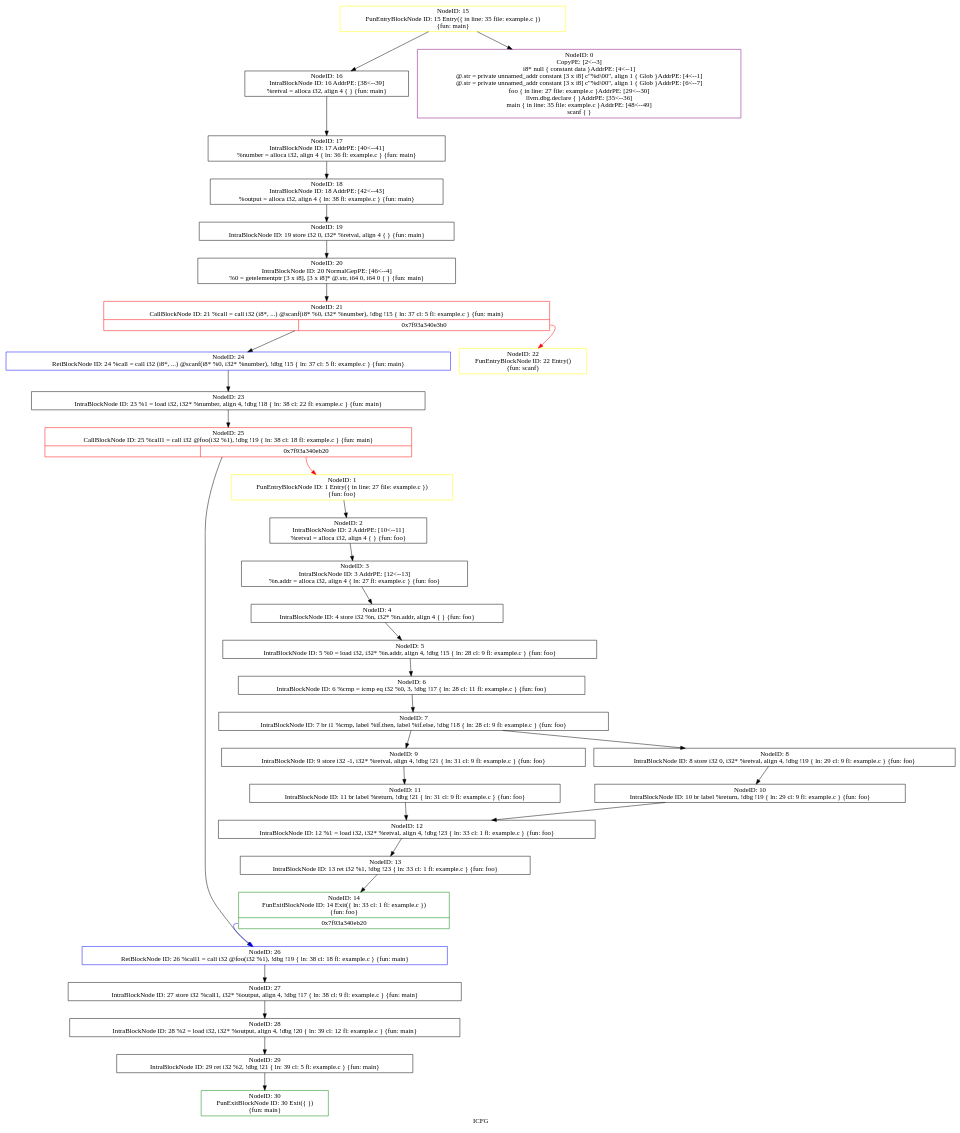
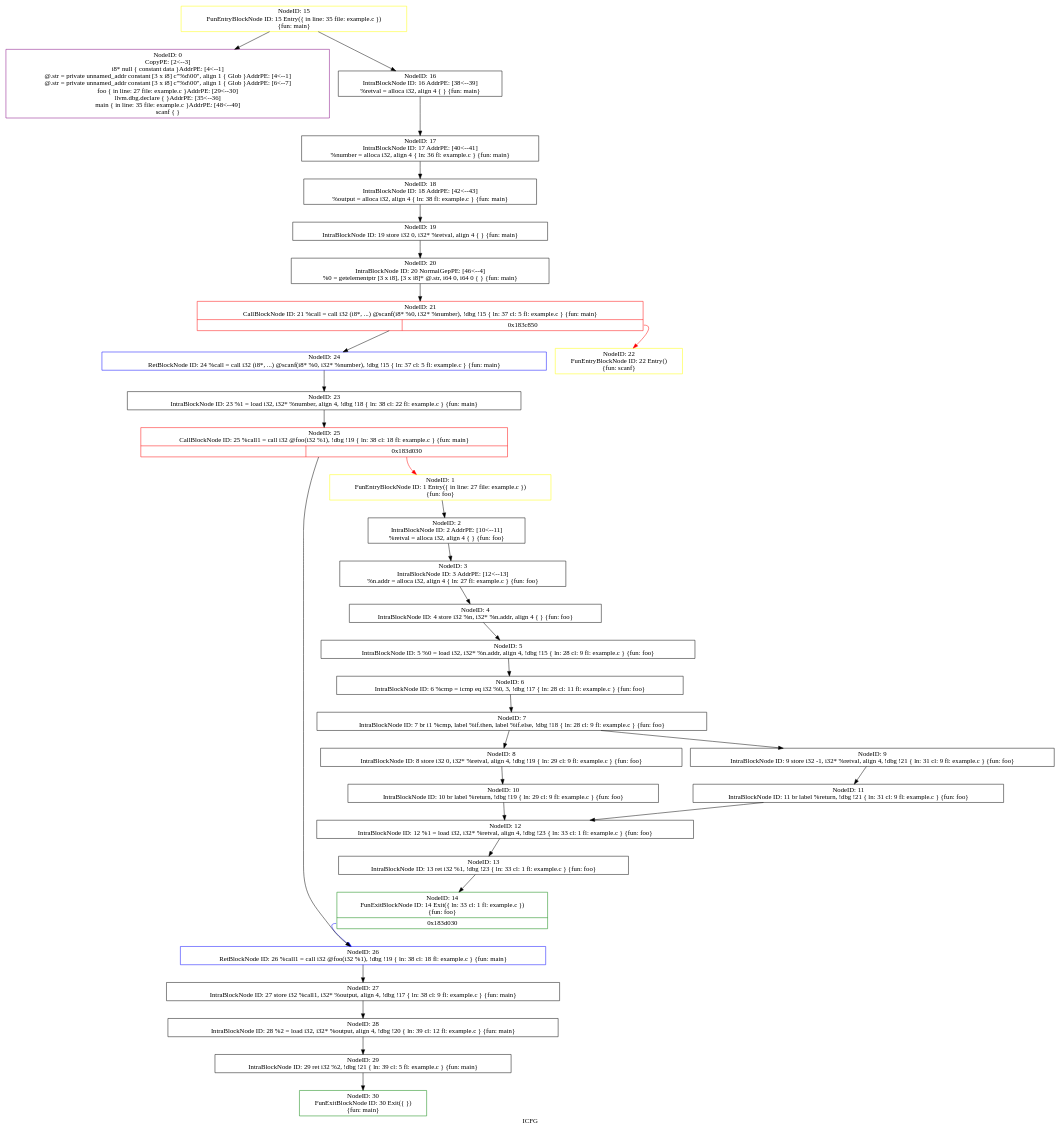
One commit to triciadang/symbolicexecutionsvf changed the diagram in icfg.dot. Above: the diagram before and after it, drawn with Graphviz. The commit also changed 49 other files, not shown here.

```diff
--- a/icfg.dot
+++ b/icfg.dot
@@ -1,67 +1,67 @@
 digraph "ICFG" {
 	label="ICFG";
 
-	Node0x7f93a341a850 [shape=record,color=green,label="{NodeID: 30\nFunExitBlockNode ID: 30 Exit(\{  \})\n \{fun: main\}}"];
-	Node0x7f93a341a6d0 [shape=record,color=black,label="{NodeID: 29\nIntraBlockNode ID: 29      ret i32 %2, !dbg !21 \{ ln: 39  cl: 5  fl: example.c \}    \{fun: main\}}"];
-	Node0x7f93a341a6d0 -> Node0x7f93a341a850[style=solid];
-	Node0x7f93a341a550 [shape=record,color=black,label="{NodeID: 28\nIntraBlockNode ID: 28      %2 = load i32, i32* %output, align 4, !dbg !20 \{ ln: 39  cl: 12  fl: example.c \}    \{fun: main\}}"];
-	Node0x7f93a341a550 -> Node0x7f93a341a6d0[style=solid];
-	Node0x7f93a341a340 [shape=record,color=black,label="{NodeID: 27\nIntraBlockNode ID: 27      store i32 %call1, i32* %output, align 4, !dbg !17 \{ ln: 38  cl: 9  fl: example.c \}    \{fun: main\}}"];
-	Node0x7f93a341a340 -> Node0x7f93a341a550[style=solid];
-	Node0x7f93a341a120 [shape=record,color=blue,label="{NodeID: 26\nRetBlockNode ID: 26   %call1 = call i32 @foo(i32 %1), !dbg !19 \{ ln: 38  cl: 18  fl: example.c \} \{fun: main\}}"];
-	Node0x7f93a341a120 -> Node0x7f93a341a340[style=solid];
-	Node0x7f93a3418a90 [shape=record,color=red,label="{NodeID: 25\nCallBlockNode ID: 25   %call1 = call i32 @foo(i32 %1), !dbg !19 \{ ln: 38  cl: 18  fl: example.c \} \{fun: main\}|{|<s1>0x7f93a340eb20}}"];
-	Node0x7f93a3418a90 -> Node0x7f93a341a120[style=solid];
-	Node0x7f93a3418a90:s1 -> Node0x7f93a340b4c0[style=solid,color=red];
-	Node0x7f93a3419e30 [shape=record,color=blue,label="{NodeID: 24\nRetBlockNode ID: 24   %call = call i32 (i8*, ...) @scanf(i8* %0, i32* %number), !dbg !15 \{ ln: 37  cl: 5  fl: example.c \} \{fun: main\}}"];
-	Node0x7f93a3419e30 -> Node0x7f93a3419c00[style=solid];
-	Node0x7f93a3419c00 [shape=record,color=black,label="{NodeID: 23\nIntraBlockNode ID: 23      %1 = load i32, i32* %number, align 4, !dbg !18 \{ ln: 38  cl: 22  fl: example.c \}    \{fun: main\}}"];
-	Node0x7f93a3419c00 -> Node0x7f93a3418a90[style=solid];
-	Node0x7f93a3419930 [shape=record,color=yellow,label="{NodeID: 22\nFunEntryBlockNode ID: 22 Entry()\n \{fun: scanf\}}"];
-	Node0x7f93a3419840 [shape=record,color=red,label="{NodeID: 21\nCallBlockNode ID: 21   %call = call i32 (i8*, ...) @scanf(i8* %0, i32* %number), !dbg !15 \{ ln: 37  cl: 5  fl: example.c \} \{fun: main\}|{|<s1>0x7f93a340e3b0}}"];
-	Node0x7f93a3419840 -> Node0x7f93a3419e30[style=solid];
-	Node0x7f93a3419840:s1 -> Node0x7f93a3419930[style=solid,color=red];
-	Node0x7f93a34196c0 [shape=record,color=black,label="{NodeID: 20\nIntraBlockNode ID: 20   NormalGepPE: [46\<--4]  \n   %0 = getelementptr [3 x i8], [3 x i8]* @.str, i64 0, i64 0 \{  \} \{fun: main\}}"];
-	Node0x7f93a34196c0 -> Node0x7f93a3419840[style=solid];
-	Node0x7f93a3419540 [shape=record,color=black,label="{NodeID: 19\nIntraBlockNode ID: 19      store i32 0, i32* %retval, align 4 \{  \}    \{fun: main\}}"];
-	Node0x7f93a3419540 -> Node0x7f93a34196c0[style=solid];
-	Node0x7f93a34193d0 [shape=record,color=black,label="{NodeID: 18\nIntraBlockNode ID: 18   AddrPE: [42\<--43]  \n   %output = alloca i32, align 4 \{ ln: 38 fl: example.c \} \{fun: main\}}"];
-	Node0x7f93a34193d0 -> Node0x7f93a3419540[style=solid];
-	Node0x7f93a34192b0 [shape=record,color=black,label="{NodeID: 17\nIntraBlockNode ID: 17   AddrPE: [40\<--41]  \n   %number = alloca i32, align 4 \{ ln: 36 fl: example.c \} \{fun: main\}}"];
-	Node0x7f93a34192b0 -> Node0x7f93a34193d0[style=solid];
-	Node0x7f93a34191f0 [shape=record,color=black,label="{NodeID: 16\nIntraBlockNode ID: 16   AddrPE: [38\<--39]  \n   %retval = alloca i32, align 4 \{  \} \{fun: main\}}"];
-	Node0x7f93a34191f0 -> Node0x7f93a34192b0[style=solid];
-	Node0x7f93a3418ff0 [shape=record,color=yellow,label="{NodeID: 15\nFunEntryBlockNode ID: 15 Entry(\{ in line: 35 file: example.c \})\n \{fun: main\}}"];
-	Node0x7f93a3418ff0 -> Node0x7f93a340b3d0[style=solid];
-	Node0x7f93a3418ff0 -> Node0x7f93a34191f0[style=solid];
-	Node0x7f93a34190d0 [shape=record,color=green,label="{NodeID: 14\nFunExitBlockNode ID: 14 Exit(\{ ln: 33  cl: 1  fl: example.c \})\n \{fun: foo\}|{<s0>0x7f93a340eb20}}"];
-	Node0x7f93a34190d0:s0 -> Node0x7f93a341a120[style=solid,color=blue];
-	Node0x7f93a3418dd0 [shape=record,color=black,label="{NodeID: 13\nIntraBlockNode ID: 13      ret i32 %1, !dbg !23 \{ ln: 33  cl: 1  fl: example.c \}    \{fun: foo\}}"];
-	Node0x7f93a3418dd0 -> Node0x7f93a34190d0[style=solid];
-	Node0x7f93a3418c20 [shape=record,color=black,label="{NodeID: 12\nIntraBlockNode ID: 12      %1 = load i32, i32* %retval, align 4, !dbg !23 \{ ln: 33  cl: 1  fl: example.c \}    \{fun: foo\}}"];
-	Node0x7f93a3418c20 -> Node0x7f93a3418dd0[style=solid];
-	Node0x7f93a3418a00 [shape=record,color=black,label="{NodeID: 11\nIntraBlockNode ID: 11      br label %return, !dbg !21 \{ ln: 31  cl: 9  fl: example.c \}    \{fun: foo\}}"];
-	Node0x7f93a3418a00 -> Node0x7f93a3418c20[style=solid];
-	Node0x7f93a34188e0 [shape=record,color=black,label="{NodeID: 10\nIntraBlockNode ID: 10      br label %return, !dbg !19 \{ ln: 29  cl: 9  fl: example.c \}    \{fun: foo\}}"];
-	Node0x7f93a34188e0 -> Node0x7f93a3418c20[style=solid];
-	Node0x7f93a34187c0 [shape=record,color=black,label="{NodeID: 9\nIntraBlockNode ID: 9      store i32 -1, i32* %retval, align 4, !dbg !21 \{ ln: 31  cl: 9  fl: example.c \}    \{fun: foo\}}"];
-	Node0x7f93a34187c0 -> Node0x7f93a3418a00[style=solid];
-	Node0x7f93a34186d0 [shape=record,color=black,label="{NodeID: 8\nIntraBlockNode ID: 8      store i32 0, i32* %retval, align 4, !dbg !19 \{ ln: 29  cl: 9  fl: example.c \}    \{fun: foo\}}"];
-	Node0x7f93a34186d0 -> Node0x7f93a34188e0[style=solid];
-	Node0x7f93a3418520 [shape=record,color=black,label="{NodeID: 7\nIntraBlockNode ID: 7      br i1 %cmp, label %if.then, label %if.else, !dbg !18 \{ ln: 28  cl: 9  fl: example.c \}    \{fun: foo\}}"];
-	Node0x7f93a3418520 -> Node0x7f93a34186d0[style=solid];
-	Node0x7f93a3418520 -> Node0x7f93a34187c0[style=solid];
-	Node0x7f93a3418400 [shape=record,color=black,label="{NodeID: 6\nIntraBlockNode ID: 6      %cmp = icmp eq i32 %0, 3, !dbg !17 \{ ln: 28  cl: 11  fl: example.c \}    \{fun: foo\}}"];
-	Node0x7f93a3418400 -> Node0x7f93a3418520[style=solid];
-	Node0x7f93a34182b0 [shape=record,color=black,label="{NodeID: 5\nIntraBlockNode ID: 5      %0 = load i32, i32* %n.addr, align 4, !dbg !15 \{ ln: 28  cl: 9  fl: example.c \}    \{fun: foo\}}"];
-	Node0x7f93a34182b0 -> Node0x7f93a3418400[style=solid];
-	Node0x7f93a3418130 [shape=record,color=black,label="{NodeID: 4\nIntraBlockNode ID: 4      store i32 %n, i32* %n.addr, align 4 \{  \}    \{fun: foo\}}"];
-	Node0x7f93a3418130 -> Node0x7f93a34182b0[style=solid];
-	Node0x7f93a3418010 [shape=record,color=black,label="{NodeID: 3\nIntraBlockNode ID: 3   AddrPE: [12\<--13]  \n   %n.addr = alloca i32, align 4 \{ ln: 27 fl: example.c \} \{fun: foo\}}"];
-	Node0x7f93a3418010 -> Node0x7f93a3418130[style=solid];
-	Node0x7f93a3417ef0 [shape=record,color=black,label="{NodeID: 2\nIntraBlockNode ID: 2   AddrPE: [10\<--11]  \n   %retval = alloca i32, align 4 \{  \} \{fun: foo\}}"];
-	Node0x7f93a3417ef0 -> Node0x7f93a3418010[style=solid];
-	Node0x7f93a340b4c0 [shape=record,color=yellow,label="{NodeID: 1\nFunEntryBlockNode ID: 1 Entry(\{ in line: 27 file: example.c \})\n \{fun: foo\}}"];
-	Node0x7f93a340b4c0 -> Node0x7f93a3417ef0[style=solid];
-	Node0x7f93a340b3d0 [shape=record,color=purple,label="{NodeID: 0\nCopyPE: [2\<--3]  \n i8* null \{ constant data \}AddrPE: [4\<--1]  \n @.str = private unnamed_addr constant [3 x i8] c\"%d\\00\", align 1 \{ Glob  \}AddrPE: [4\<--1]  \n @.str = private unnamed_addr constant [3 x i8] c\"%d\\00\", align 1 \{ Glob  \}AddrPE: [6\<--7]  \n foo \{ in line: 27 file: example.c \}AddrPE: [29\<--30]  \n llvm.dbg.declare \{  \}AddrPE: [35\<--36]  \n main \{ in line: 35 file: example.c \}AddrPE: [48\<--49]  \n scanf \{  \}}"];
+	Node0x1851250 [shape=record,color=green,label="{NodeID: 30\nFunExitBlockNode ID: 30 Exit(\{  \})\n \{fun: main\}}"];
+	Node0x1850eb0 [shape=record,color=black,label="{NodeID: 29\nIntraBlockNode ID: 29      ret i32 %2, !dbg !21 \{ ln: 39  cl: 5  fl: example.c \}    \{fun: main\}}"];
+	Node0x1850eb0 -> Node0x1851250[style=solid];
+	Node0x184edf0 [shape=record,color=black,label="{NodeID: 12\nIntraBlockNode ID: 12      %1 = load i32, i32* %retval, align 4, !dbg !23 \{ ln: 33  cl: 1  fl: example.c \}    \{fun: foo\}}"];
+	Node0x184edf0 -> Node0x184f070[style=solid];
+	Node0x184ec10 [shape=record,color=black,label="{NodeID: 11\nIntraBlockNode ID: 11      br label %return, !dbg !21 \{ ln: 31  cl: 9  fl: example.c \}    \{fun: foo\}}"];
+	Node0x184ec10 -> Node0x184edf0[style=solid];
+	Node0x184ea30 [shape=record,color=black,label="{NodeID: 10\nIntraBlockNode ID: 10      br label %return, !dbg !19 \{ ln: 29  cl: 9  fl: example.c \}    \{fun: foo\}}"];
+	Node0x184ea30 -> Node0x184edf0[style=solid];
+	Node0x184e850 [shape=record,color=black,label="{NodeID: 9\nIntraBlockNode ID: 9      store i32 -1, i32* %retval, align 4, !dbg !21 \{ ln: 31  cl: 9  fl: example.c \}    \{fun: foo\}}"];
+	Node0x184e850 -> Node0x184ec10[style=solid];
+	Node0x184e720 [shape=record,color=black,label="{NodeID: 8\nIntraBlockNode ID: 8      store i32 0, i32* %retval, align 4, !dbg !19 \{ ln: 29  cl: 9  fl: example.c \}    \{fun: foo\}}"];
+	Node0x184e720 -> Node0x184ea30[style=solid];
+	Node0x184e5e0 [shape=record,color=black,label="{NodeID: 7\nIntraBlockNode ID: 7      br i1 %cmp, label %if.then, label %if.else, !dbg !18 \{ ln: 28  cl: 9  fl: example.c \}    \{fun: foo\}}"];
+	Node0x184e5e0 -> Node0x184e720[style=solid];
+	Node0x184e5e0 -> Node0x184e850[style=solid];
+	Node0x184e4c0 [shape=record,color=black,label="{NodeID: 6\nIntraBlockNode ID: 6      %cmp = icmp eq i32 %0, 3, !dbg !17 \{ ln: 28  cl: 11  fl: example.c \}    \{fun: foo\}}"];
+	Node0x184e4c0 -> Node0x184e5e0[style=solid];
+	Node0x184e3a0 [shape=record,color=black,label="{NodeID: 5\nIntraBlockNode ID: 5      %0 = load i32, i32* %n.addr, align 4, !dbg !15 \{ ln: 28  cl: 9  fl: example.c \}    \{fun: foo\}}"];
+	Node0x184e3a0 -> Node0x184e4c0[style=solid];
+	Node0x184e280 [shape=record,color=black,label="{NodeID: 4\nIntraBlockNode ID: 4      store i32 %n, i32* %n.addr, align 4 \{  \}    \{fun: foo\}}"];
+	Node0x184e280 -> Node0x184e3a0[style=solid];
+	Node0x184e160 [shape=record,color=black,label="{NodeID: 3\nIntraBlockNode ID: 3   AddrPE: [12\<--13]  \n   %n.addr = alloca i32, align 4 \{ ln: 27 fl: example.c \} \{fun: foo\}}"];
+	Node0x184e160 -> Node0x184e280[style=solid];
+	Node0x184df30 [shape=record,color=black,label="{NodeID: 2\nIntraBlockNode ID: 2   AddrPE: [10\<--11]  \n   %retval = alloca i32, align 4 \{  \} \{fun: foo\}}"];
+	Node0x184df30 -> Node0x184e160[style=solid];
+	Node0x184ddd0 [shape=record,color=yellow,label="{NodeID: 1\nFunEntryBlockNode ID: 1 Entry(\{ in line: 27 file: example.c \})\n \{fun: foo\}}"];
+	Node0x184ddd0 -> Node0x184df30[style=solid];
+	Node0x183e2b0 [shape=record,color=purple,label="{NodeID: 0\nCopyPE: [2\<--3]  \n i8* null \{ constant data \}AddrPE: [4\<--1]  \n @.str = private unnamed_addr constant [3 x i8] c\"%d\\00\", align 1 \{ Glob  \}AddrPE: [4\<--1]  \n @.str = private unnamed_addr constant [3 x i8] c\"%d\\00\", align 1 \{ Glob  \}AddrPE: [6\<--7]  \n foo \{ in line: 27 file: example.c \}AddrPE: [29\<--30]  \n llvm.dbg.declare \{  \}AddrPE: [35\<--36]  \n main \{ in line: 35 file: example.c \}AddrPE: [48\<--49]  \n scanf \{  \}}"];
+	Node0x184f070 [shape=record,color=black,label="{NodeID: 13\nIntraBlockNode ID: 13      ret i32 %1, !dbg !23 \{ ln: 33  cl: 1  fl: example.c \}    \{fun: foo\}}"];
+	Node0x184f070 -> Node0x184f340[style=solid];
+	Node0x184f340 [shape=record,color=green,label="{NodeID: 14\nFunExitBlockNode ID: 14 Exit(\{ ln: 33  cl: 1  fl: example.c \})\n \{fun: foo\}|{<s0>0x183d030}}"];
+	Node0x184f340:s0 -> Node0x1850830[style=solid,color=blue];
+	Node0x184f570 [shape=record,color=yellow,label="{NodeID: 15\nFunEntryBlockNode ID: 15 Entry(\{ in line: 35 file: example.c \})\n \{fun: main\}}"];
+	Node0x184f570 -> Node0x183e2b0[style=solid];
+	Node0x184f570 -> Node0x184f6a0[style=solid];
+	Node0x184f6a0 [shape=record,color=black,label="{NodeID: 16\nIntraBlockNode ID: 16   AddrPE: [38\<--39]  \n   %retval = alloca i32, align 4 \{  \} \{fun: main\}}"];
+	Node0x184f6a0 -> Node0x184f860[style=solid];
+	Node0x184f860 [shape=record,color=black,label="{NodeID: 17\nIntraBlockNode ID: 17   AddrPE: [40\<--41]  \n   %number = alloca i32, align 4 \{ ln: 36 fl: example.c \} \{fun: main\}}"];
+	Node0x184f860 -> Node0x184fb10[style=solid];
+	Node0x184fb10 [shape=record,color=black,label="{NodeID: 18\nIntraBlockNode ID: 18   AddrPE: [42\<--43]  \n   %output = alloca i32, align 4 \{ ln: 38 fl: example.c \} \{fun: main\}}"];
+	Node0x184fb10 -> Node0x184fcd0[style=solid];
+	Node0x184fcd0 [shape=record,color=black,label="{NodeID: 19\nIntraBlockNode ID: 19      store i32 0, i32* %retval, align 4 \{  \}    \{fun: main\}}"];
+	Node0x184fcd0 -> Node0x184fe90[style=solid];
+	Node0x184fe90 [shape=record,color=black,label="{NodeID: 20\nIntraBlockNode ID: 20   NormalGepPE: [46\<--4]  \n   %0 = getelementptr [3 x i8], [3 x i8]* @.str, i64 0, i64 0 \{  \} \{fun: main\}}"];
+	Node0x184fe90 -> Node0x183ec40[style=solid];
+	Node0x183ec40 [shape=record,color=red,label="{NodeID: 21\nCallBlockNode ID: 21   %call = call i32 (i8*, ...) @scanf(i8* %0, i32* %number), !dbg !15 \{ ln: 37  cl: 5  fl: example.c \} \{fun: main\}|{|<s1>0x183c850}}"];
+	Node0x183ec40 -> Node0x1850460[style=solid];
+	Node0x183ec40:s1 -> Node0x18500b0[style=solid,color=red];
+	Node0x18500b0 [shape=record,color=yellow,label="{NodeID: 22\nFunEntryBlockNode ID: 22 Entry()\n \{fun: scanf\}}"];
+	Node0x1850340 [shape=record,color=black,label="{NodeID: 23\nIntraBlockNode ID: 23      %1 = load i32, i32* %number, align 4, !dbg !18 \{ ln: 38  cl: 22  fl: example.c \}    \{fun: main\}}"];
+	Node0x1850340 -> Node0x1834e00[style=solid];
+	Node0x1850460 [shape=record,color=blue,label="{NodeID: 24\nRetBlockNode ID: 24   %call = call i32 (i8*, ...) @scanf(i8* %0, i32* %number), !dbg !15 \{ ln: 37  cl: 5  fl: example.c \} \{fun: main\}}"];
+	Node0x1850460 -> Node0x1850340[style=solid];
+	Node0x1834e00 [shape=record,color=red,label="{NodeID: 25\nCallBlockNode ID: 25   %call1 = call i32 @foo(i32 %1), !dbg !19 \{ ln: 38  cl: 18  fl: example.c \} \{fun: main\}|{|<s1>0x183d030}}"];
+	Node0x1834e00 -> Node0x1850830[style=solid];
+	Node0x1834e00:s1 -> Node0x184ddd0[style=solid,color=red];
+	Node0x1850830 [shape=record,color=blue,label="{NodeID: 26\nRetBlockNode ID: 26   %call1 = call i32 @foo(i32 %1), !dbg !19 \{ ln: 38  cl: 18  fl: example.c \} \{fun: main\}}"];
+	Node0x1850830 -> Node0x1850a90[style=solid];
+	Node0x1850a90 [shape=record,color=black,label="{NodeID: 27\nIntraBlockNode ID: 27      store i32 %call1, i32* %output, align 4, !dbg !17 \{ ln: 38  cl: 9  fl: example.c \}    \{fun: main\}}"];
+	Node0x1850a90 -> Node0x1850cf0[style=solid];
+	Node0x1850cf0 [shape=record,color=black,label="{NodeID: 28\nIntraBlockNode ID: 28      %2 = load i32, i32* %output, align 4, !dbg !20 \{ ln: 39  cl: 12  fl: example.c \}    \{fun: main\}}"];
+	Node0x1850cf0 -> Node0x1850eb0[style=solid];
 }
```
